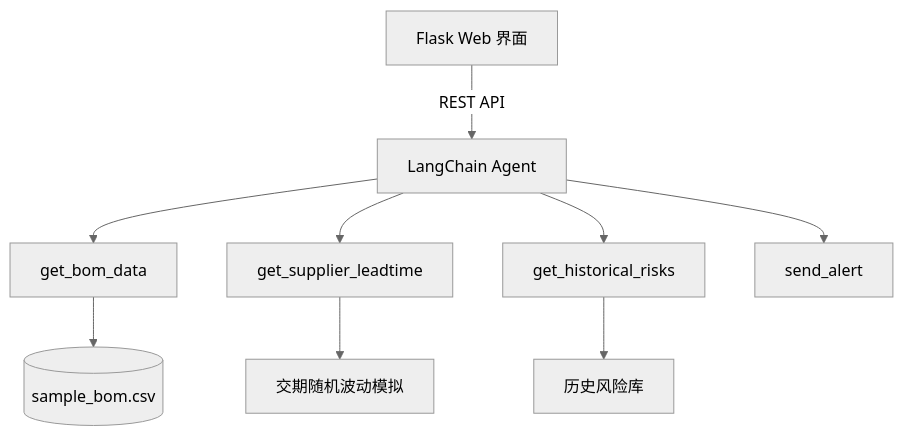
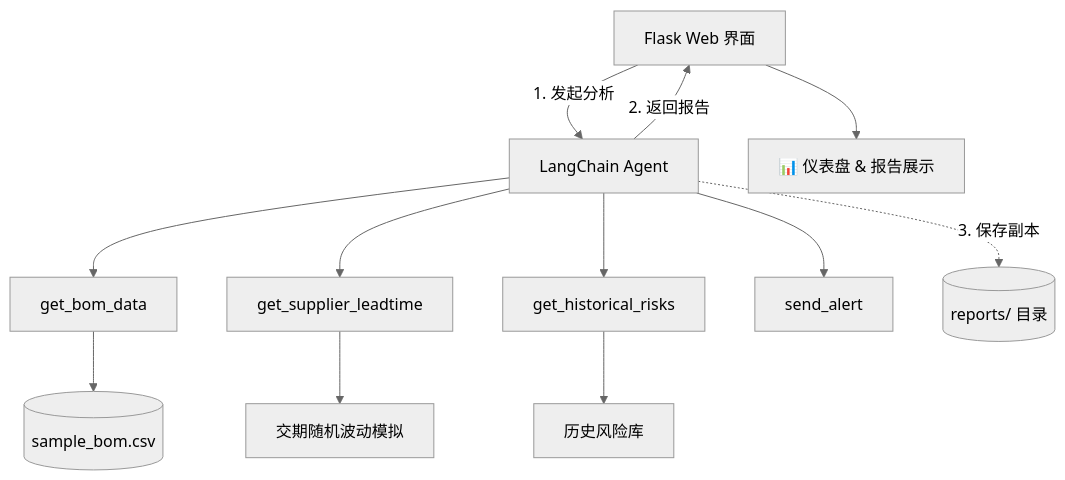
The diagram in README.md (yongkui/optical-npi-guardian), drawn with Mermaid (neutral theme) before and after one commit.

Commit message:
Enhance system architecture diagram with analysis steps
Updated system architecture diagram in README.

````diff
--- a/README.md
+++ b/README.md
@@ -23,11 +23,14 @@
 ```mermaid
 graph TD
-    A[Flask Web 界面] -->|REST API| B[LangChain Agent]
+    A[Flask Web 界面] -->|1. 发起分析| B[LangChain Agent]
     B --> C[get_bom_data]
     B --> D[get_supplier_leadtime]
     B --> E[get_historical_risks]
     B --> F[send_alert]
     C --> G[(sample_bom.csv)]
     D --> H[交期随机波动模拟]
     E --> I[历史风险库]
+    B -->|2. 返回报告| A
+    A --> J[📊 仪表盘 & 报告展示]
+    B -.->|3. 保存副本| K[(reports/ 目录)]
 ```
````
